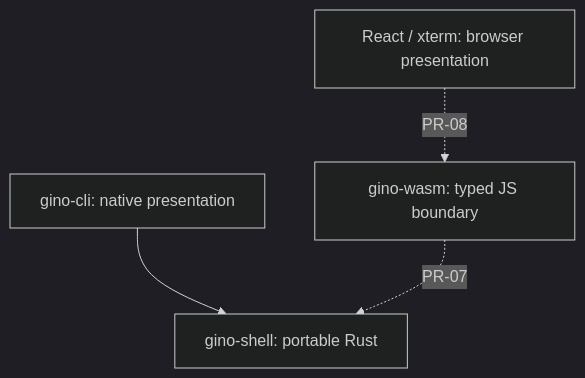
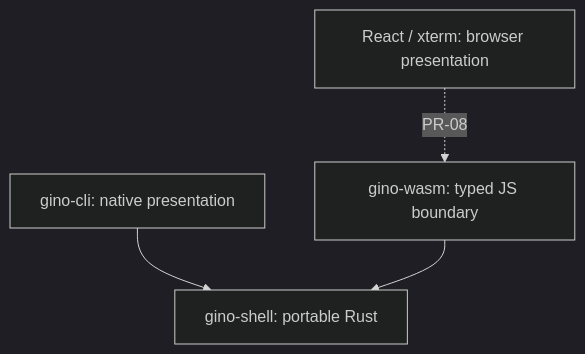
One commit to gino23odar/personal_terminal changed the diagram in docs/ARCHITECTURE.md. Above: the diagram before and after it, drawn with Mermaid (dark theme). The commit also changed other lines of this file and 23 other files, not shown here.

````diff
--- a/docs/ARCHITECTURE.md
+++ b/docs/ARCHITECTURE.md
@@ -13,6 +13,6 @@
 ```mermaid
 flowchart TD
   CLI["gino-cli: native presentation"] --> Core["gino-shell: portable Rust"]
   Web["React / xterm: browser presentation"] -. "PR-08" .-> Bridge["gino-wasm: typed JS boundary"]
-  Bridge -. "PR-07" .-> Core
+  Bridge --> Core
 ```
````
